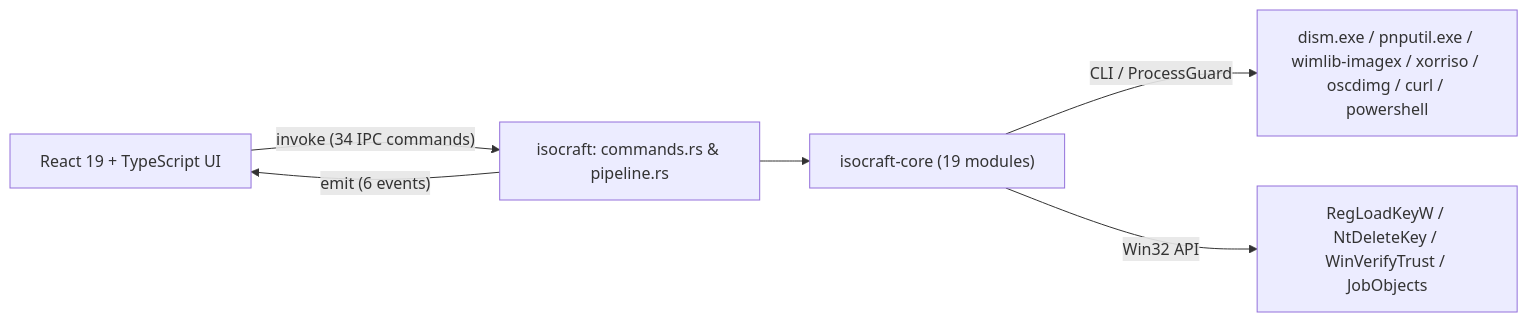
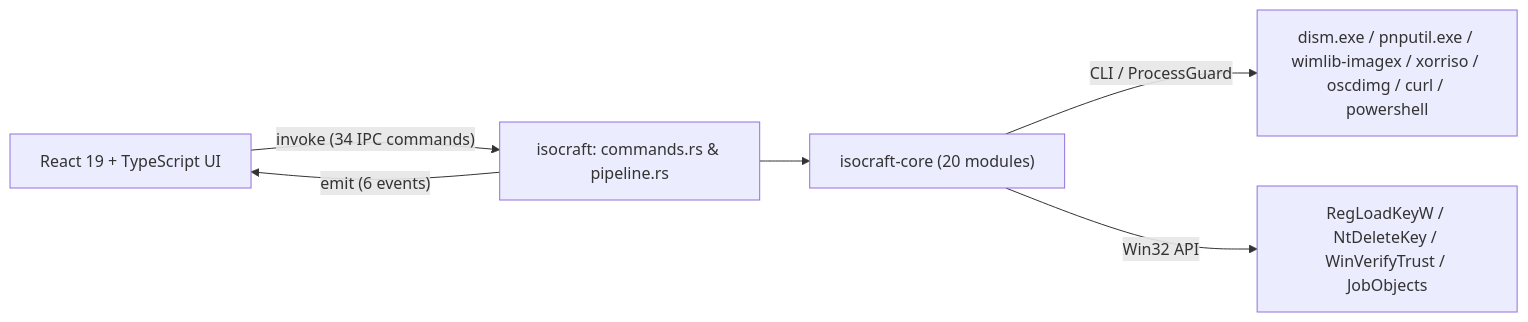
Before and after one commit to Lunqasd1337/ISOCraft: the first of 2 diagrams in docs/ARCHITECTURE.md, drawn with Mermaid. The commit also changed other lines of this file and 23 other files, not shown here.

````diff
--- a/docs/ARCHITECTURE.md
+++ b/docs/ARCHITECTURE.md
@@ -23,8 +23,8 @@
 ```mermaid
 flowchart LR
   UI["React 19 + TypeScript UI"] -->|"invoke (34 IPC commands)"| CMD["isocraft: commands.rs & pipeline.rs"]
   CMD -->|"emit (6 events)"| UI
-  CMD --> CORE["isocraft-core (19 modules)"]
+  CMD --> CORE["isocraft-core (20 modules)"]
   CORE -->|"CLI / ProcessGuard"| TOOLS["dism.exe / pnputil.exe / wimlib-imagex / xorriso / oscdimg / curl / powershell"]
   CORE -->|"Win32 API"| WIN["RegLoadKeyW / NtDeleteKey / WinVerifyTrust / JobObjects"]
 ```
````
